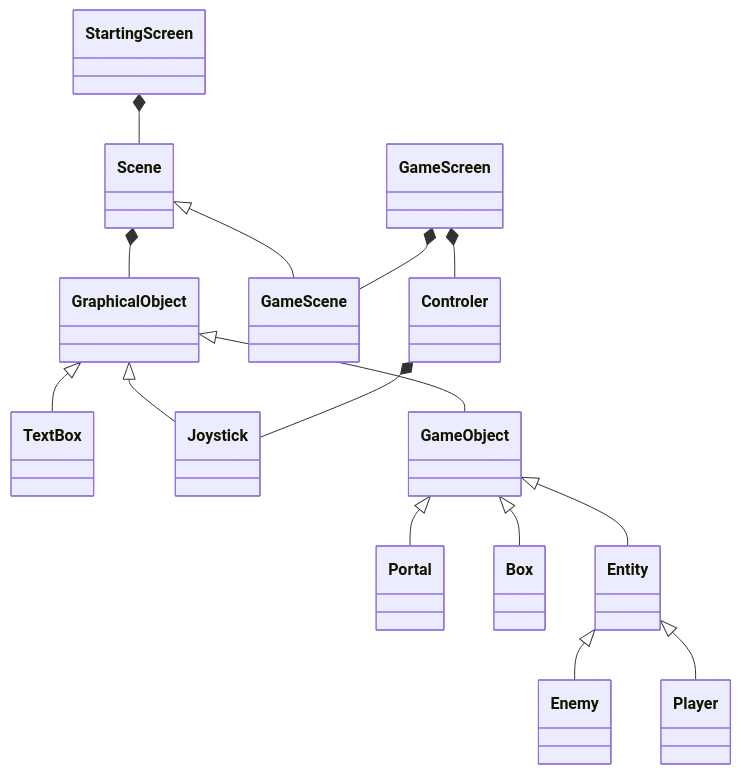
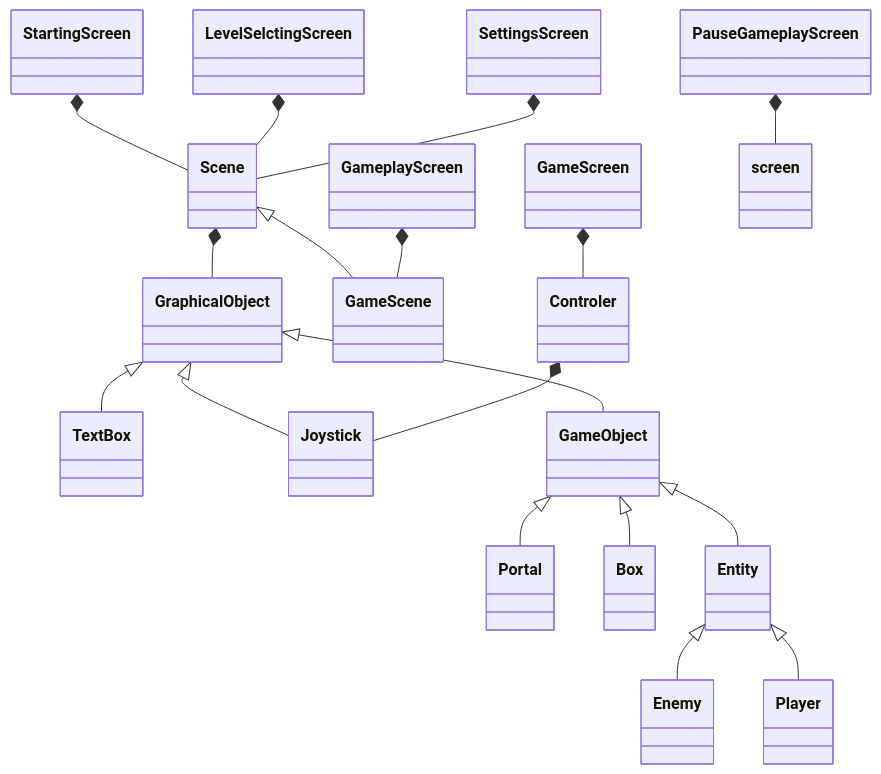
Before and after one commit to dRoycon/HS_SoftwareEngineeringProject: the diagram in planning_class_structure/README.md, drawn with Mermaid.

Commit message:
modified:   planning_class_structure/README.md

````diff
--- a/planning_class_structure/README.md
+++ b/planning_class_structure/README.md
@@ -3,24 +3,29 @@
 ``` mermaid
 classDiagram
     GraphicalObject <|-- TextBox
     GraphicalObject <|-- Joystick
     GraphicalObject <|-- GameObject
 
     GameObject <|-- Portal
     GameObject <|-- Box
     GameObject <|-- Entity
 
     Entity <|-- Enemy
     Entity <|-- Player
 
     Scene *-- GraphicalObject
     Scene <|-- GameScene
 
     Controler *-- Joystick
 
-    GameScreen *-- GameScene
+    GameplayScreen *-- GameScene
     GameScreen *-- Controler
 
     StartingScreen *-- Scene
 
+    LevelSelctingScreen *-- Scene
+    SettingsScreen *-- Scene
+    PauseGameplayScreen *-- screen
+
+
 ```
````
